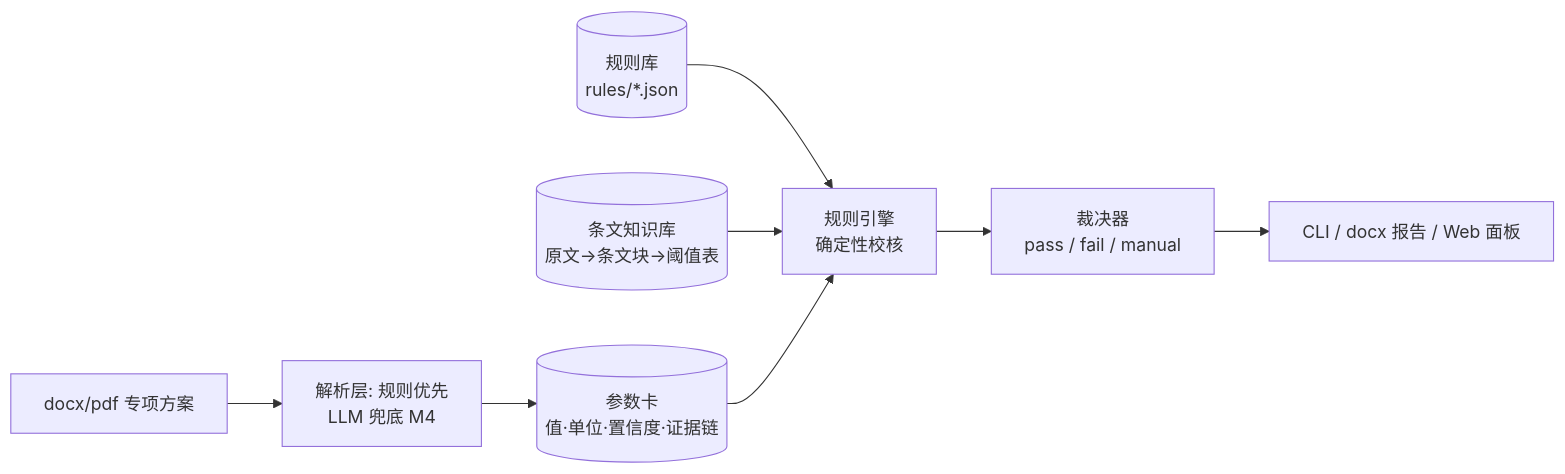
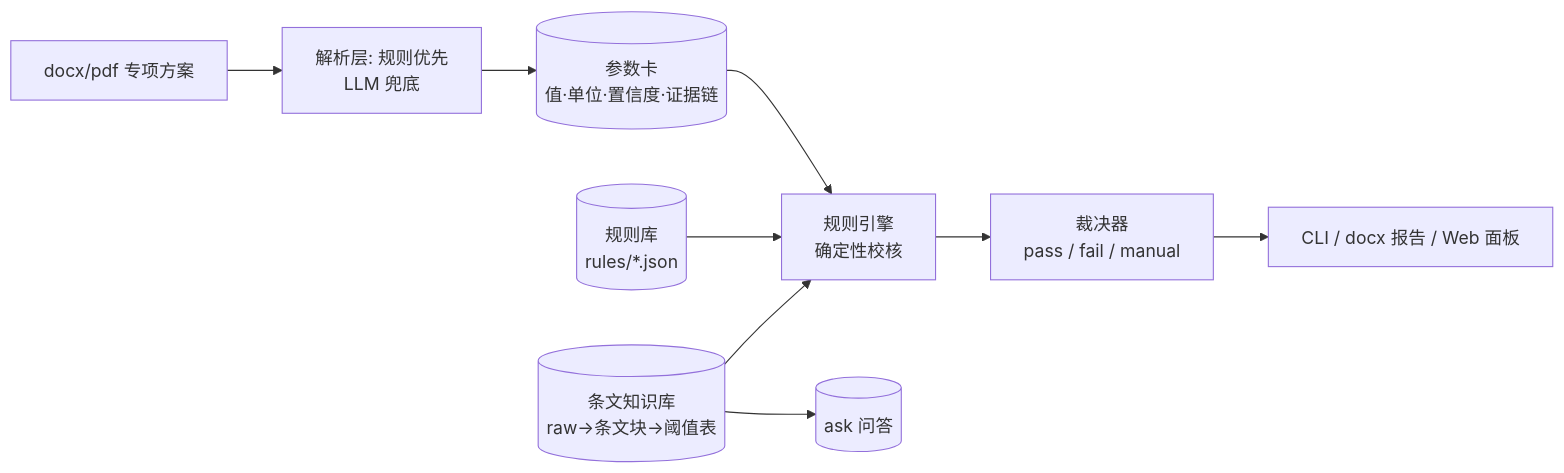
One commit to yuluo554/weida-plan-review changed the diagram in README.md. Above: the diagram before and after it, drawn with Mermaid. The commit also changed other lines of this file and 87 other files, not shown here.

````diff
--- a/README.md
+++ b/README.md
@@ -31,10 +31,11 @@
 ```mermaid
 flowchart LR
-    A[docx/pdf 专项方案] --> C[解析层: 规则优先<br/>LLM 兜底 M4]
+    A[docx/pdf 专项方案] --> C[解析层: 规则优先<br/>LLM 兜底]
     C --> F[("参数卡<br/>值·单位·置信度·证据链")]
     G[("规则库<br/>rules/*.json")] --> I[规则引擎<br/>确定性校核]
-    H[("条文知识库<br/>原文→条文块→阈值表")] --> I
+    H[("条文知识库<br/>raw→条文块→阈值表")] --> I
+    H --> Q[("ask 问答")]
     F --> I
     I --> J[裁决器<br/>pass / fail / manual]
     J --> K[CLI / docx 报告 / Web 面板]
 ```
````
